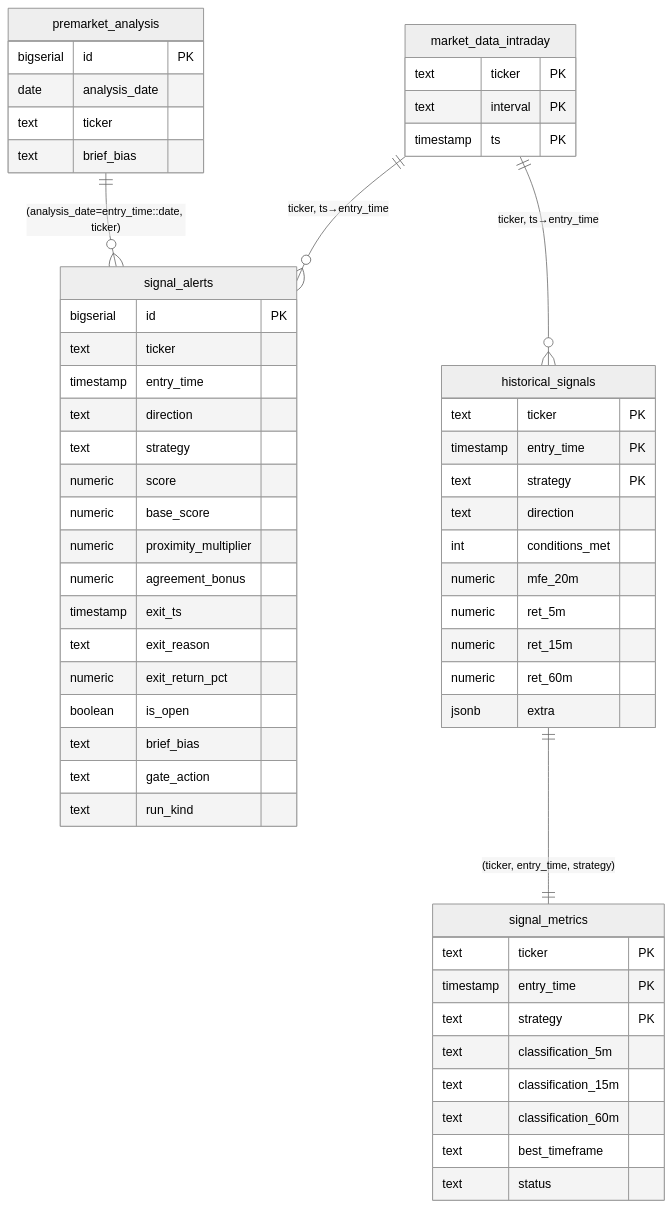
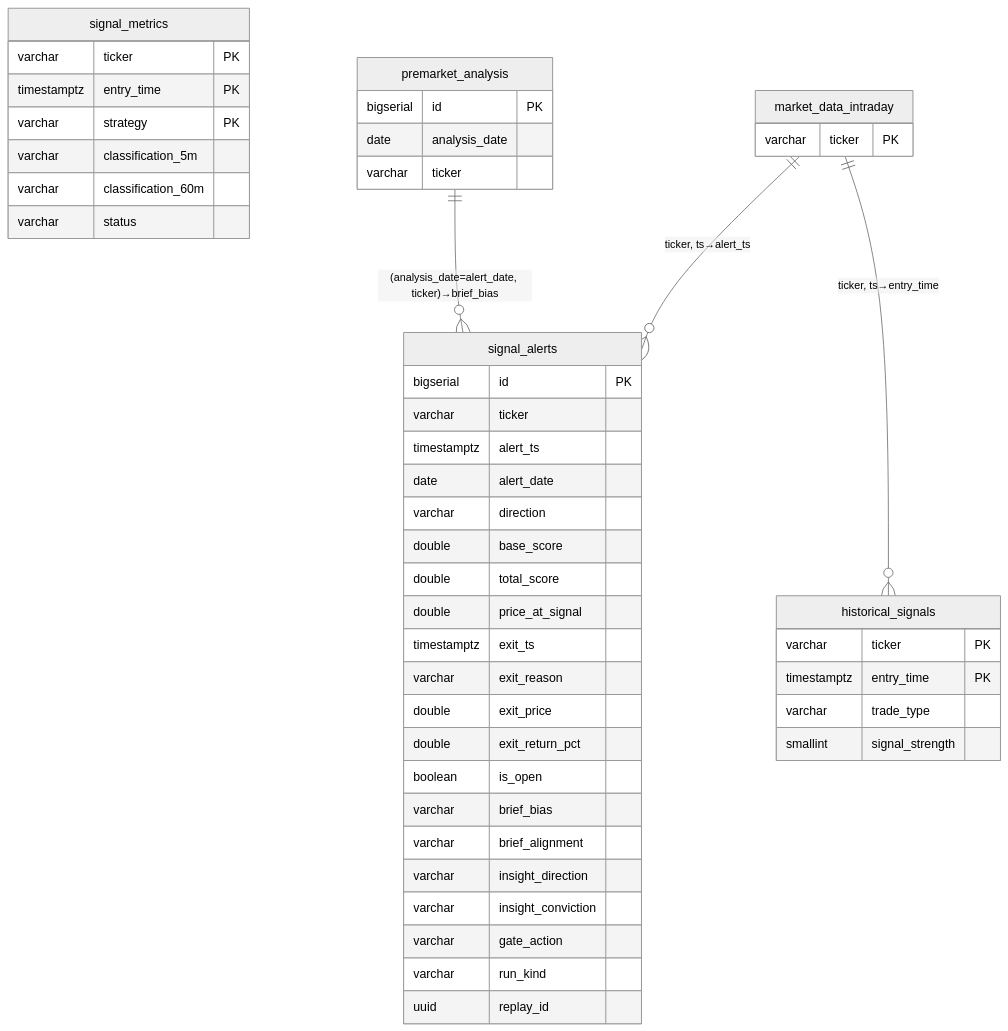
One commit to TeneikaAskew/stocks changed the fourth of 10 diagrams in ERD.md. Above: the diagram before and after it, drawn with Mermaid (neutral theme). The commit also changed other lines of this file and 7 other files, not shown here.

First line of the commit message:
docs: refresh architecture & system docs to 2026-06-23 state

````diff
--- a/ERD.md
+++ b/ERD.md
@@ -236,58 +304,48 @@
 ```mermaid
 erDiagram
     signal_alerts {
         bigserial id PK
-        text ticker
-        timestamp entry_time
-        text direction
-        text strategy
-        numeric score
-        numeric base_score
-        numeric proximity_multiplier
-        numeric agreement_bonus
-        timestamp exit_ts
-        text exit_reason
-        numeric exit_return_pct
+        varchar ticker
+        timestamptz alert_ts
+        date alert_date
+        varchar direction
+        double base_score
+        double total_score
+        double price_at_signal
+        timestamptz exit_ts
+        varchar exit_reason
+        double exit_price
+        double exit_return_pct
         boolean is_open
-        text brief_bias
-        text gate_action
-        text run_kind
+        varchar brief_bias
+        varchar brief_alignment
+        varchar insight_direction
+        varchar insight_conviction
+        varchar gate_action
+        varchar run_kind
+        uuid replay_id
     }
     historical_signals {
-        text ticker PK
-        timestamp entry_time PK
-        text strategy PK
-        text direction
-        int conditions_met
-        numeric mfe_20m
-        numeric ret_5m
-        numeric ret_15m
-        numeric ret_60m
-        jsonb extra
+        varchar ticker PK
+        timestamptz entry_time PK
+        varchar trade_type
+        smallint signal_strength
     }
     signal_metrics {
-        text ticker PK
-        timestamp entry_time PK
-        text strategy PK
-        text classification_5m
-        text classification_15m
-        text classification_60m
-        text best_timeframe
-        text status
-    }
-    market_data_intraday {
-        text ticker PK
-        text interval PK
-        timestamp ts PK
+        varchar ticker PK
+        timestamptz entry_time PK
+        varchar strategy PK
+        varchar classification_5m
+        varchar classification_60m
+        varchar status
     }
     premarket_analysis {
         bigserial id PK
         date analysis_date
-        text ticker
-        text brief_bias
+        varchar ticker
     }
-    historical_signals ||--|| signal_metrics : "(ticker, entry_time, strategy)"
-    market_data_intraday ||--o{ signal_alerts : "ticker, ts→entry_time"
+    market_data_intraday { varchar ticker PK }
+    market_data_intraday ||--o{ signal_alerts : "ticker, ts→alert_ts"
     market_data_intraday ||--o{ historical_signals : "ticker, ts→entry_time"
-    premarket_analysis ||--o{ signal_alerts : "(analysis_date=entry_time::date, ticker)"
+    premarket_analysis ||--o{ signal_alerts : "(analysis_date=alert_date, ticker)→brief_bias"
 ```
````
